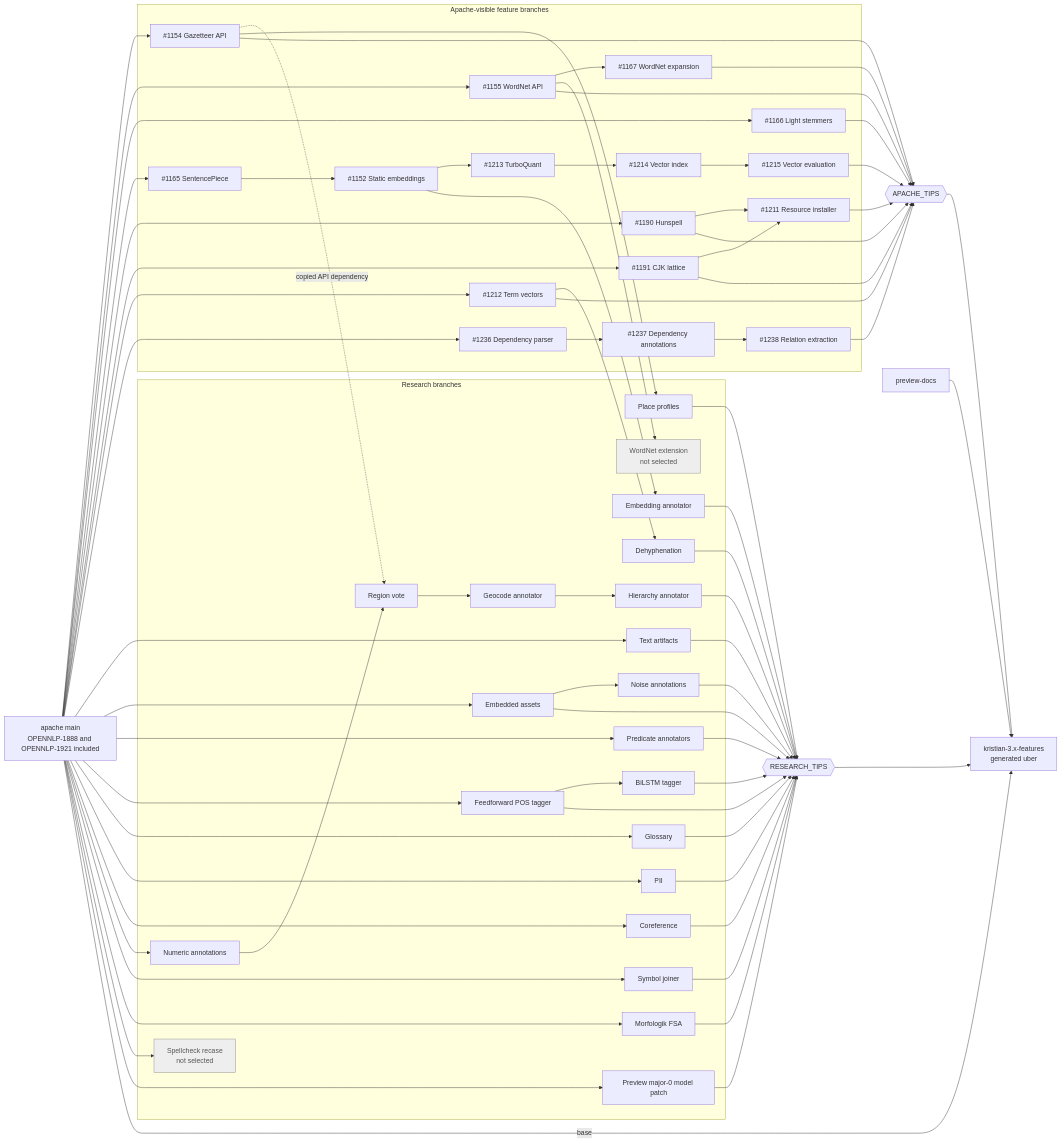
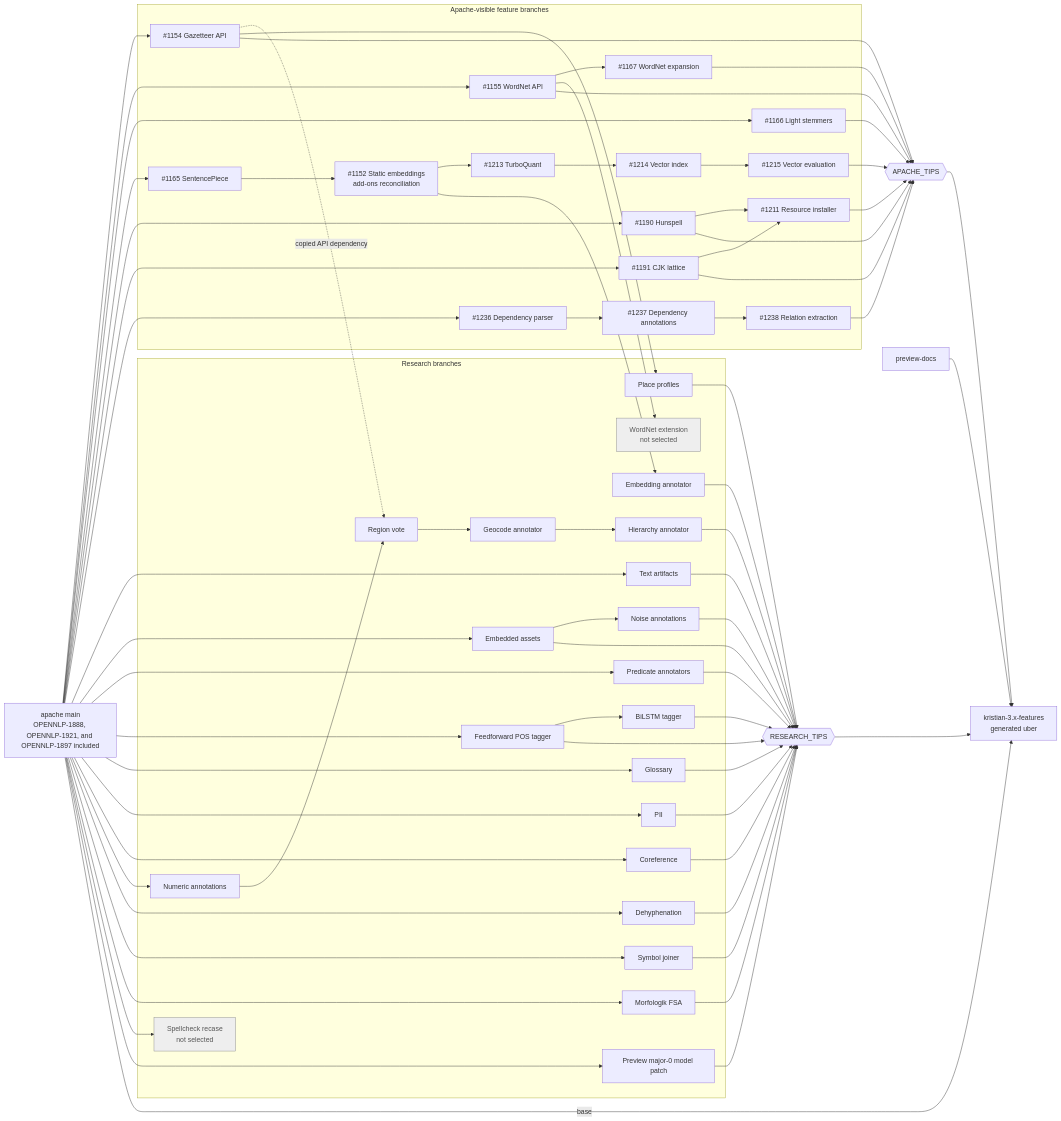
The diagram in RESEARCH_BRANCHES.md (ai-pipestream/opennlp), drawn with Mermaid before and after one commit. The commit also changed other lines of this file, not shown here.

Commit message:
Update branch map after OPENNLP-1897 merge

````diff
--- a/RESEARCH_BRANCHES.md
+++ b/RESEARCH_BRANCHES.md
@@ -39,6 +41,6 @@
 ```mermaid
 flowchart LR
-  main["apache main<br/>OPENNLP-1888 and OPENNLP-1921 included"]
+  main["apache main<br/>OPENNLP-1888, OPENNLP-1921, and OPENNLP-1897 included"]
   uber["kristian-3.x-features<br/>generated uber"]
   apacheTips{{"APACHE_TIPS"}}
   researchTips{{"RESEARCH_TIPS"}}
@@ -49,14 +51,13 @@
     expansion["#1167 WordNet expansion"]
     light["#1166 Light stemmers"]
     sentencepiece["#1165 SentencePiece"]
-    static["#1152 Static embeddings"]
+    static["#1152 Static embeddings<br/>add-ons reconciliation"]
     turbo["#1213 TurboQuant"]
     vector["#1214 Vector index"]
     evaluation["#1215 Vector evaluation"]
     hunspell["#1190 Hunspell"]
     lattice["#1191 CJK lattice"]
     installer["#1211 Resource installer"]
-    termvector["#1212 Term vectors"]
     parser["#1236 Dependency parser"]
     dependency["#1237 Dependency annotations"]
     relation["#1238 Relation extraction"]
@@ -96,7 +97,6 @@
   main --> lattice
   hunspell --> installer
   lattice --> installer
-  main --> termvector
   main --> parser --> dependency --> relation
 
   main --> artifacts
@@ -110,7 +110,7 @@
   gaz -. copied API dependency .-> region
   gaz --> profiles
   static --> embedding
-  termvector --> dehyphenation
+  main --> dehyphenation
   main --> symbols
   main --> morfologik
   main --> recase
@@ -124,7 +124,6 @@
   hunspell --> apacheTips
   lattice --> apacheTips
   installer --> apacheTips
-  termvector --> apacheTips
   evaluation --> apacheTips
   relation --> apacheTips
 
````
